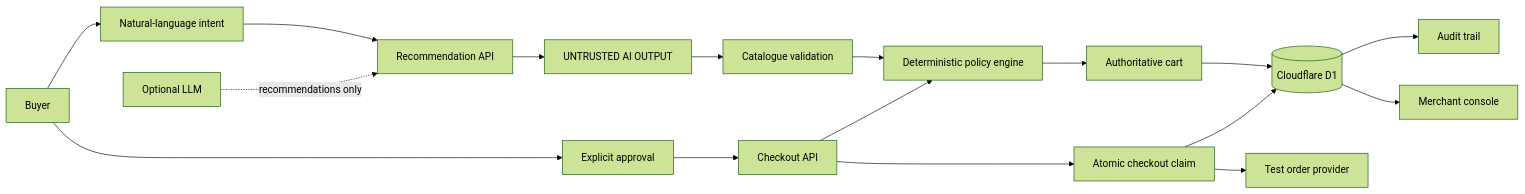
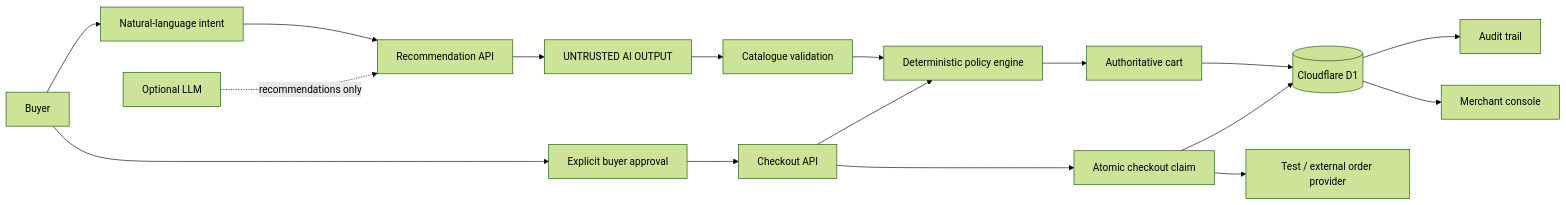
The diagram in README.md (6289subhasree/intent-cart), drawn with Mermaid (forest theme) before and after one commit. The commit also changed other lines of this file, not shown here.

Commit message:
docs: rewrite README around system architecture

````diff
--- a/README.md
+++ b/README.md
@@ -96,24 +21,23 @@
-```mermaid
+~~~mermaid
 flowchart LR
     User["Buyer"] --> Intent["Natural-language intent"]
     Intent --> Agent["Recommendation API"]
 
+    Model["Optional LLM"] -. "recommendations only" .-> Agent
     Agent --> Boundary["UNTRUSTED AI OUTPUT"]
 
     Boundary --> Validate["Catalogue validation"]
     Validate --> Policy["Deterministic policy engine"]
     Policy --> Cart["Authoritative cart"]
     Cart --> DB[("Cloudflare D1")]
 
-    User --> Approve["Explicit approval"]
+    User --> Approve["Explicit buyer approval"]
     Approve --> Checkout["Checkout API"]
     Checkout --> Policy
     Checkout --> Claim["Atomic checkout claim"]
-    Claim --> Provider["Test order provider"]
+    Claim --> Provider["Test / external order provider"]
     Claim --> DB
 
     DB --> Audit["Audit trail"]
     DB --> Merchant["Merchant console"]
-
-    Model["Optional LLM"] -. "recommendations only" .-> Agent
-```
+~~~
````
